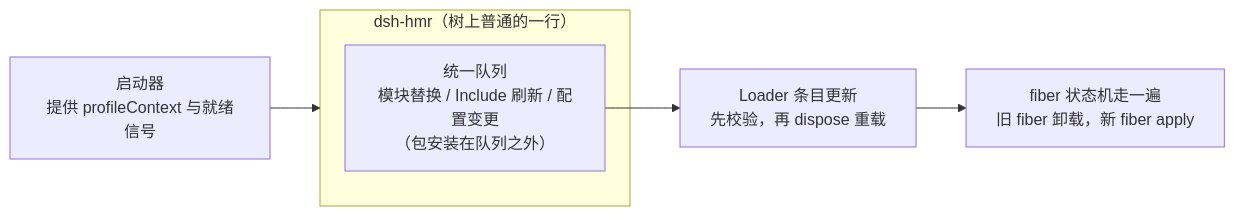
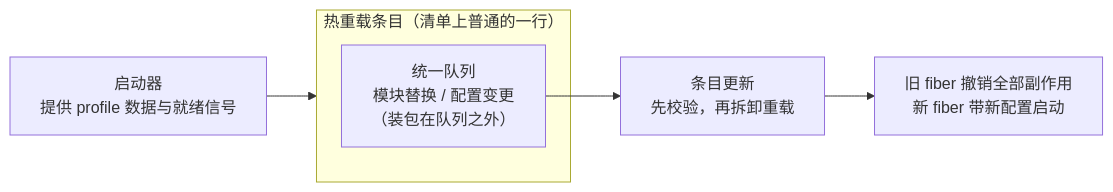
The first of 2 diagrams in dsh 插件开发学习/07-配置与源码的热重载.md (anthonyzhao-4926/blog), drawn with Mermaid before and after one commit. The commit also changed other lines of this file and 38 other files, not shown here.

````diff
--- a/dsh 插件开发学习/07-配置与源码的热重载.md
+++ b/dsh 插件开发学习/07-配置与源码的热重载.md
@@ -44,9 +46,9 @@
 ```mermaid
 flowchart LR
-    L["启动器<br/>提供 profileContext 与就绪信号"] --> H
-    subgraph H["dsh-hmr（树上普通的一行）"]
-        Q["统一队列<br/>模块替换 / Include 刷新 / 配置变更<br/>（包安装在队列之外）"]
+    L["启动器<br/>提供 profile 数据与就绪信号"] --> H
+    subgraph H["热重载条目（清单上普通的一行）"]
+        Q["统一队列<br/>模块替换 / 配置变更<br/>（装包在队列之外）"]
     end
-    Q --> U["Loader 条目更新<br/>先校验，再 dispose 重载"]
-    U --> F["fiber 状态机走一遍<br/>旧 fiber 卸载，新 fiber apply"]
+    Q --> U["条目更新<br/>先校验，再拆卸重载"]
+    U --> F["旧 fiber 撤销全部副作用<br/>新 fiber 带新配置启动"]
 ```
````
